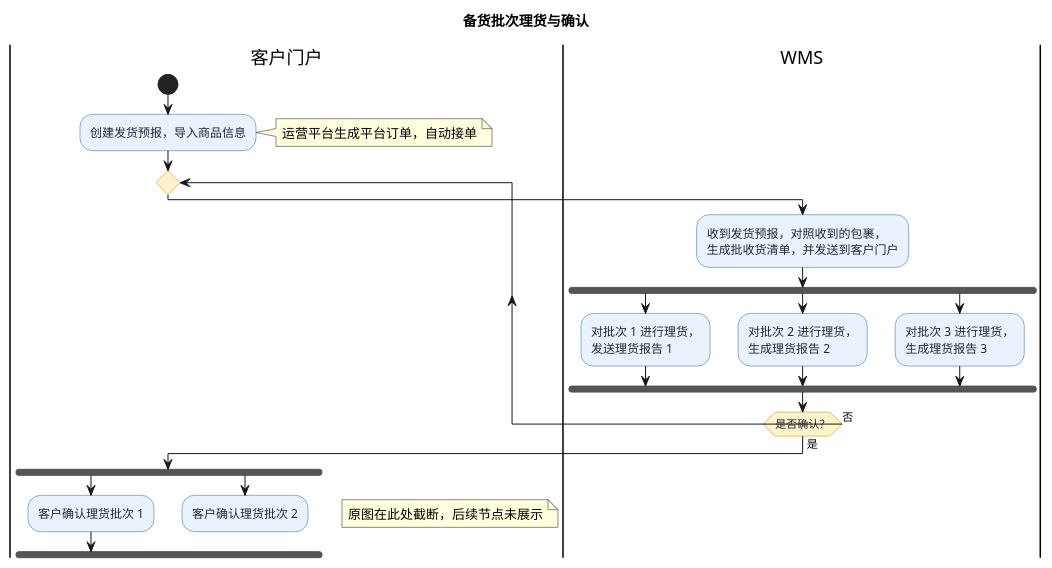
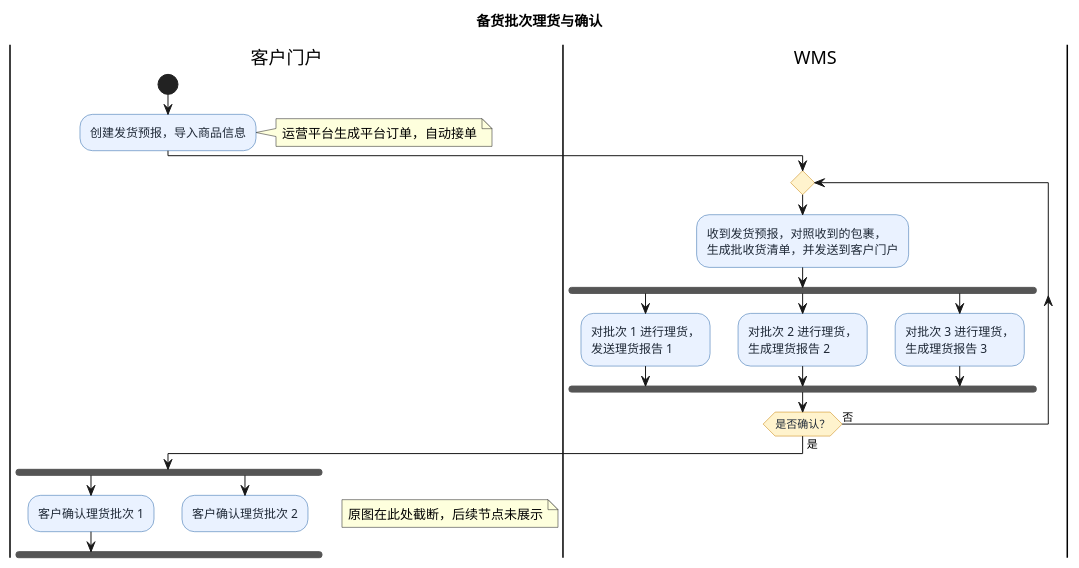
The fourth of 4 diagrams in product-caliber/goldjet/dsl-graph/main-flow.md (jack888332/projects-doc), drawn with PlantUML before and after one commit. The commit also changed 100 other files, not shown here.

````diff
--- a/product-caliber/goldjet/dsl-graph/main-flow.md
+++ b/product-caliber/goldjet/dsl-graph/main-flow.md
@@ -285,44 +285,45 @@
 ```plantuml
 @startuml
 title 备货批次理货与确认
 
 skinparam backgroundColor white
 skinparam activity {
   BackgroundColor #EAF2FF
   BorderColor #2563A6
   DiamondBackgroundColor #FFF3CD
   DiamondBorderColor #C47F00
   FontColor #1F2937
 }
 
 |客户门户|
 start
 :创建发货预报，导入商品信息;
 note right
   运营平台生成平台订单，自动接单
 end note
 
+  |WMS|
 repeat
-  |WMS|
+
   :收到发货预报，对照收到的包裹，\n生成批收货清单，并发送到客户门户;
   fork
     :对批次 1 进行理货，\n发送理货报告 1;
   fork again
     :对批次 2 进行理货，\n生成理货报告 2;
   fork again
     :对批次 3 进行理货，\n生成理货报告 3;
   end fork
 repeat while (是否确认？) is (否) not (是)
 
 |客户门户|
 fork
   :客户确认理货批次 1;
 fork again
   :客户确认理货批次 2;
 end fork
 note right
   原图在此处截断，后续节点未展示
 end note
 detach
 @enduml
 ```
````
